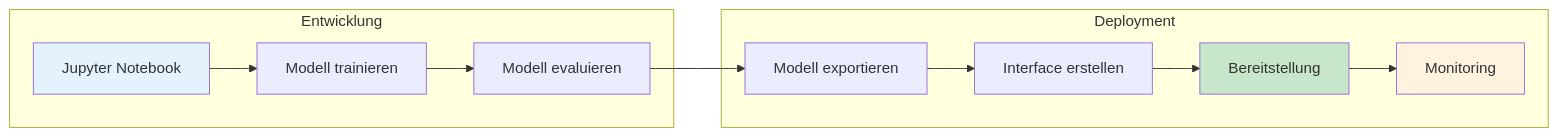
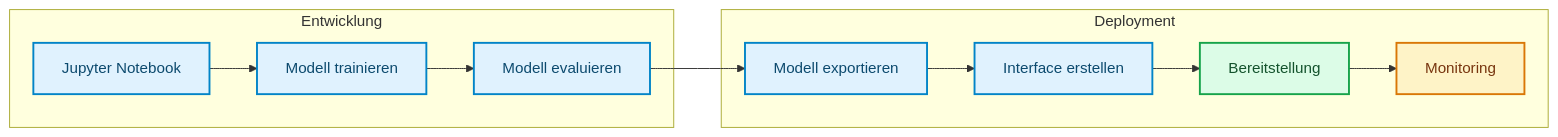
The first of 6 diagrams in docs/deployment/Gradio_Deployment.md (ralf-42/ML_Intro), drawn with Mermaid before and after one commit. The commit also changed other lines of this file and 67 other files, not shown here.

````diff
--- a/docs/deployment/Gradio_Deployment.md
+++ b/docs/deployment/Gradio_Deployment.md
@@ -29,19 +29,21 @@
 ```mermaid
 flowchart LR
     subgraph Entwicklung
         A[Jupyter Notebook] --> B[Modell trainieren]
         B --> C[Modell evaluieren]
     end
     
     subgraph Deployment
         D[Modell exportieren] --> E[Interface erstellen]
         E --> F[Bereitstellung]
         F --> G[Monitoring]
     end
     
     C --> D
-    
-    style A fill:#e3f2fd
-    style F fill:#c8e6c9
-    style G fill:#fff3e0
+
+    classDef default fill:#e0f2fe,stroke:#0284c7,stroke-width:2px,color:#0c4a6e;
+    classDef metric fill:#fef3c7,stroke:#d97706,stroke-width:2px,color:#78350f;
+    classDef output fill:#dcfce7,stroke:#16a34a,stroke-width:2px,color:#14532d;
+    class G metric;
+    class F output;
 ```
````
